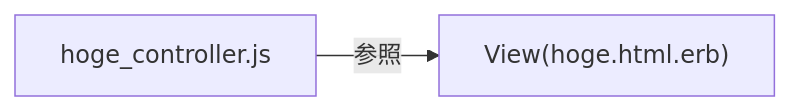
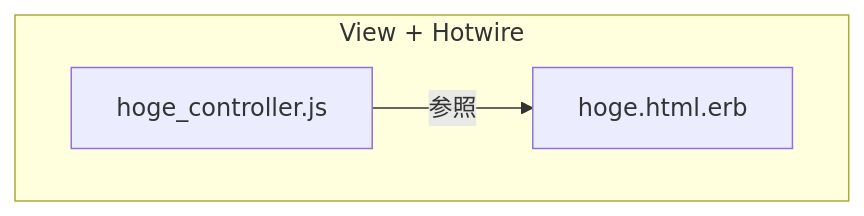
Before and after one commit to kuroweb/zenn: the fifth of 5 diagrams in articles/viewcomponent-hotwire-tailwindcss.md, drawn with Mermaid. The commit also changed other lines of this file, not shown here.

````diff
--- a/articles/viewcomponent-hotwire-tailwindcss.md
+++ b/articles/viewcomponent-hotwire-tailwindcss.md
@@ -113,6 +107,7 @@
 ```mermaid
 flowchart LR
-  view["View(hoge.html.erb)"]
-  hoge_controller.js
-  hoge_controller.js --参照-->view
+  subgraph View + Hotwire
+    direction LR
+    hoge_controller.js --参照-->hoge.html.erb
+  end
 ```
````
